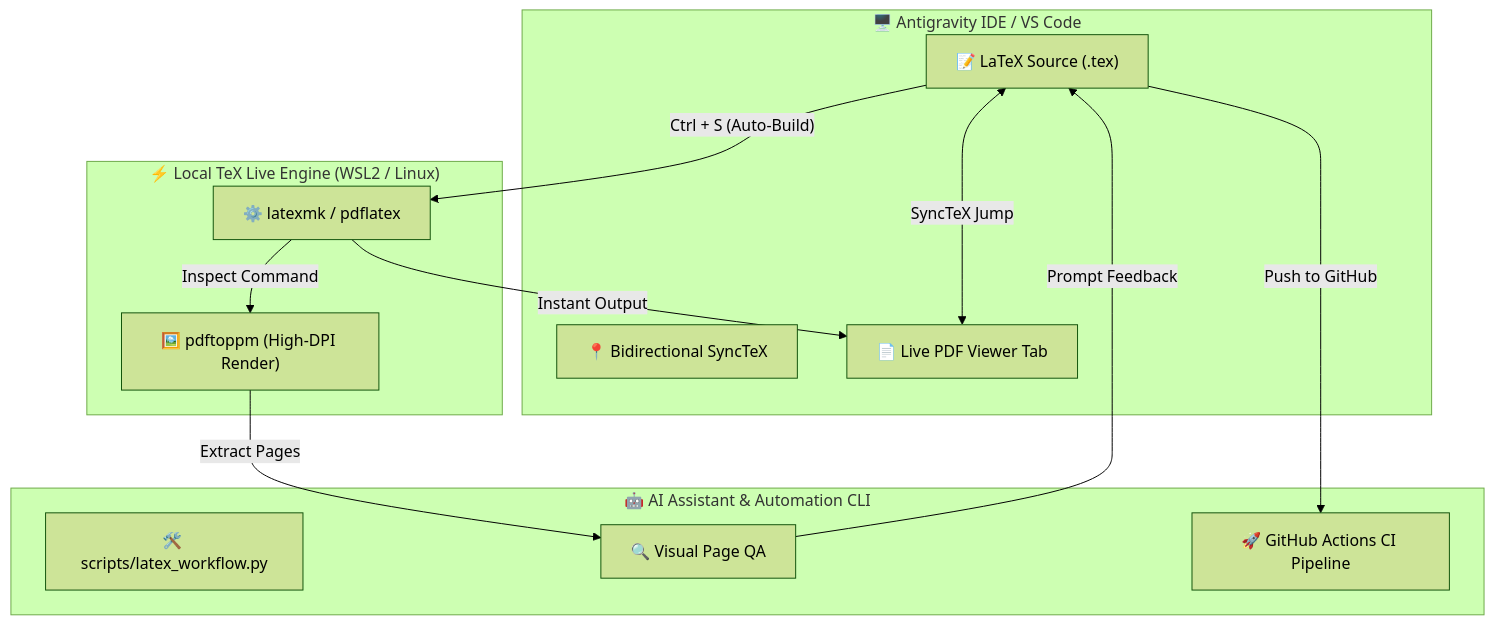
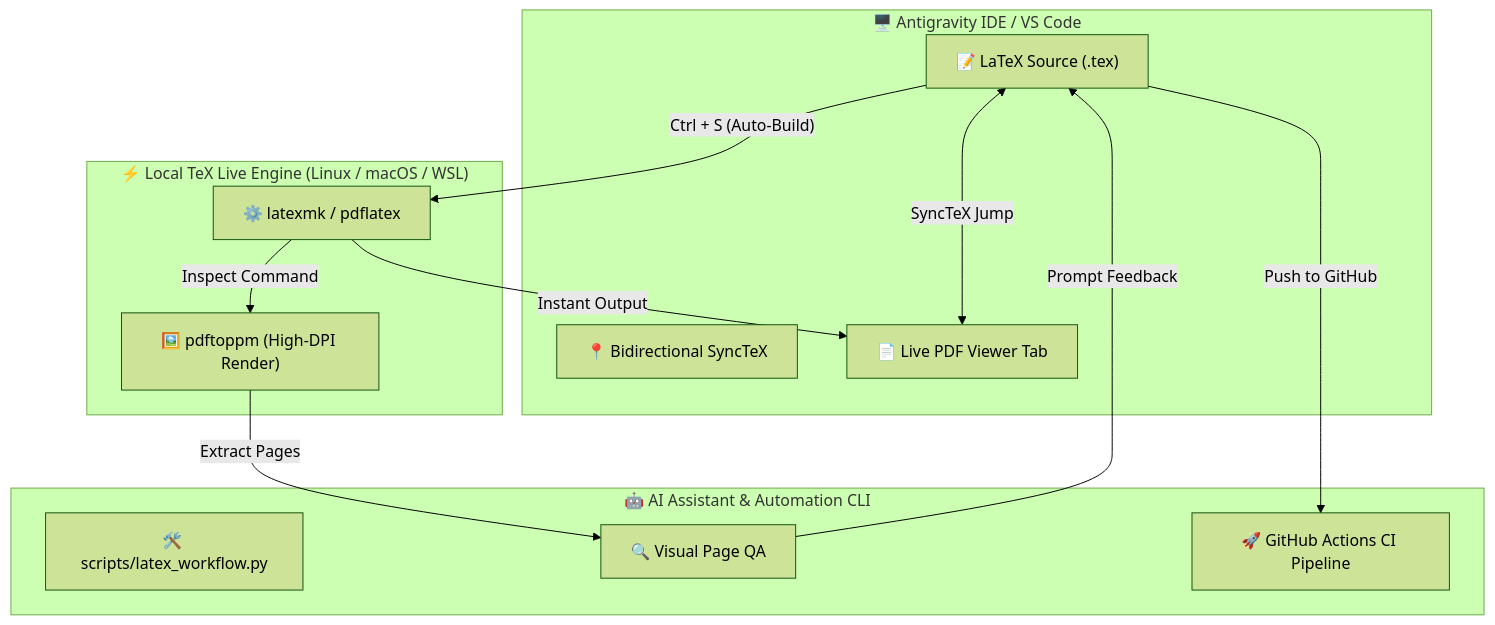
Before and after one commit to Divyansh0730/Latex-AI-Workflow: the diagram in README.md, drawn with Mermaid (forest theme). The commit also changed other lines of this file and 28 other files, not shown here.

````diff
--- a/README.md
+++ b/README.md
@@ -41,27 +128,27 @@
 ```mermaid
 flowchart TD
     subgraph Editor ["🖥️ Antigravity IDE / VS Code"]
         TEX["📝 LaTeX Source (.tex)"]
         SYNC["📍 Bidirectional SyncTeX"]
         PREV["📄 Live PDF Viewer Tab"]
     end
 
-    subgraph Engine ["⚡ Local TeX Live Engine (WSL2 / Linux)"]
+    subgraph Engine ["⚡ Local TeX Live Engine (Linux / macOS / WSL)"]
         MK["⚙️ latexmk / pdflatex"]
         PPM["🖼️ pdftoppm (High-DPI Render)"]
     end
 
     subgraph Automation ["🤖 AI Assistant & Automation CLI"]
         CLI["🛠️ scripts/latex_workflow.py"]
         QA["🔍 Visual Page QA"]
         CI["🚀 GitHub Actions CI Pipeline"]
     end
 
     TEX -->|"Ctrl + S (Auto-Build)"| MK
     MK -->|"Instant Output"| PREV
     PREV <-->|"SyncTeX Jump"| TEX
     MK -->|"Inspect Command"| PPM
     PPM -->|"Extract Pages"| QA
     QA -->|"Prompt Feedback"| TEX
     TEX -->|"Push to GitHub"| CI
 ```
````
